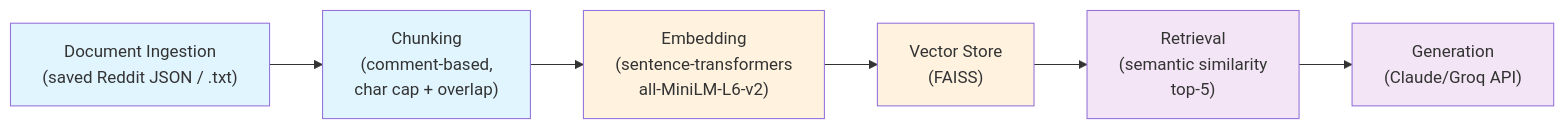
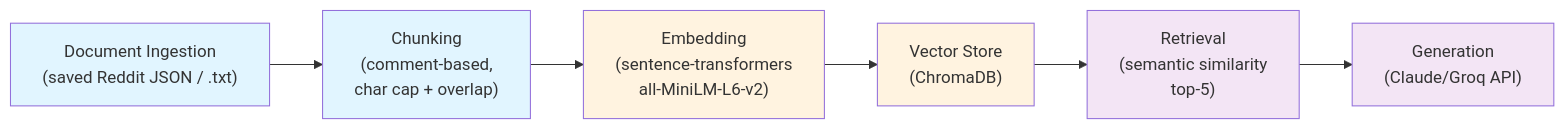
Before and after one commit to biswaskdk/ai201-project1-unofficial-guide-starter: the diagram in planning.md, drawn with Mermaid. The commit also changed other lines of this file and 2 other files, not shown here.

````diff
--- a/planning.md
+++ b/planning.md
@@ -90,19 +90,19 @@
 ```mermaid
 graph LR
     A["Document Ingestion<br/>(saved Reddit JSON / .txt)"] 
     B["Chunking<br/>(comment-based,<br/>char cap + overlap)"] 
     C["Embedding<br/>(sentence-transformers<br/>all-MiniLM-L6-v2)"]
-    D["Vector Store<br/>(FAISS)"]
+    D["Vector Store<br/>(ChromaDB)"]
     E["Retrieval<br/>(semantic similarity<br/>top-5)"] 
     F["Generation<br/>(Claude/Groq API)"]
     
     A --> B --> C --> D
     D --> E --> F
     
     style A fill:#e1f5ff
     style B fill:#e1f5ff
     style C fill:#fff3e0
     style D fill:#fff3e0
     style E fill:#f3e5f5
     style F fill:#f3e5f5
 ```
````
